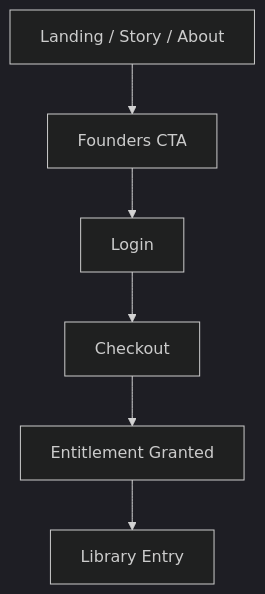
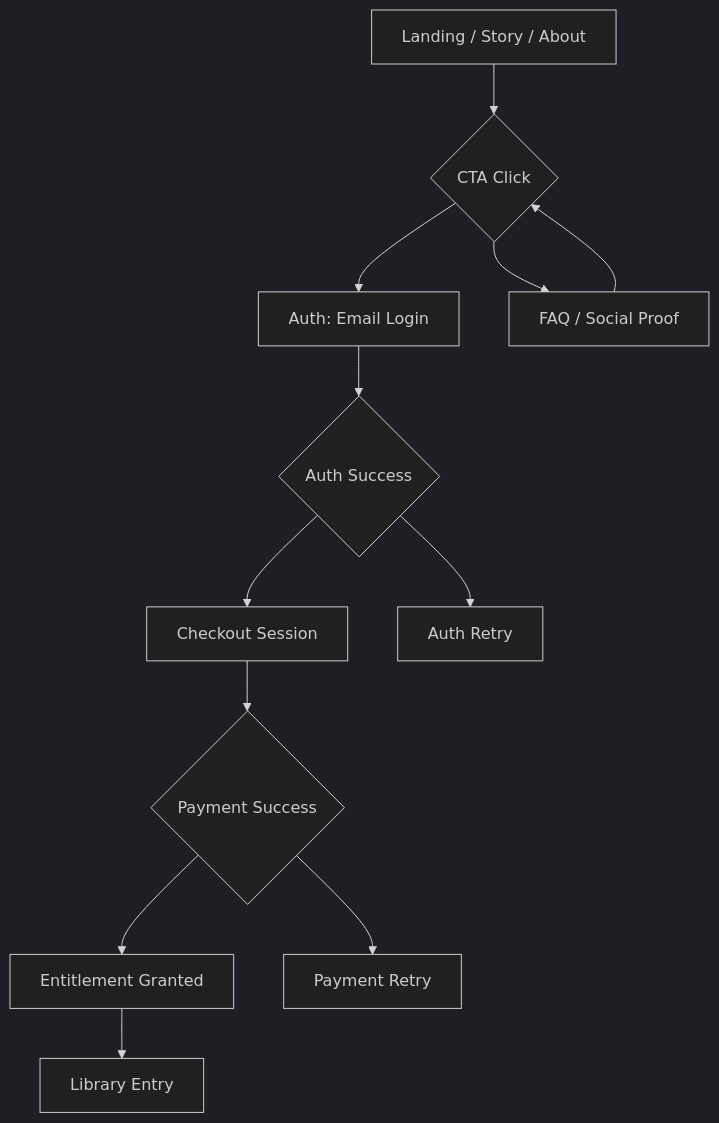
One commit to Johnsonbros/Uncharted_Stars_Saga changed the diagram in docs/visitor_conversion_funnel.md. Above: the diagram before and after it, drawn with Mermaid (dark theme). The commit also changed other lines of this file and 3 other files, not shown here.

Commit message:
docs: finalize system flow diagrams

````diff
--- a/docs/visitor_conversion_funnel.md
+++ b/docs/visitor_conversion_funnel.md
@@ -45,8 +47,14 @@
 ```mermaid
 flowchart TD
-  A[Landing / Story / About] --> B[Founders CTA]
-  B --> C[Login]
-  C --> D[Checkout]
-  D --> E[Entitlement Granted]
-  E --> F[Library Entry]
+  A[Landing / Story / About] --> B{CTA Click}
+  B --> C[Auth: Email Login]
+  C --> D{Auth Success}
+  D --> E[Checkout Session]
+  E --> F{Payment Success}
+  F --> G[Entitlement Granted]
+  G --> H[Library Entry]
+  D --> I[Auth Retry]
+  F --> J[Payment Retry]
+  B --> K[FAQ / Social Proof]
+  K --> B
 ```
````
